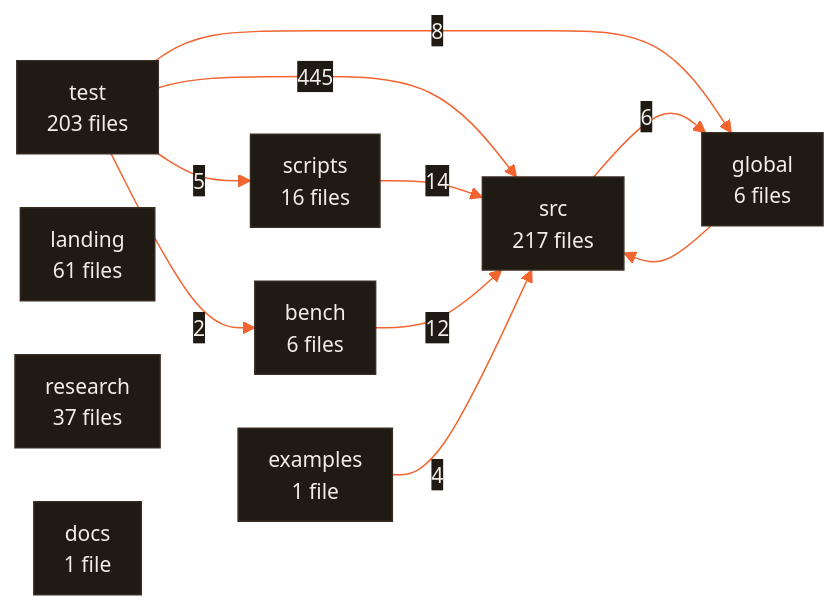
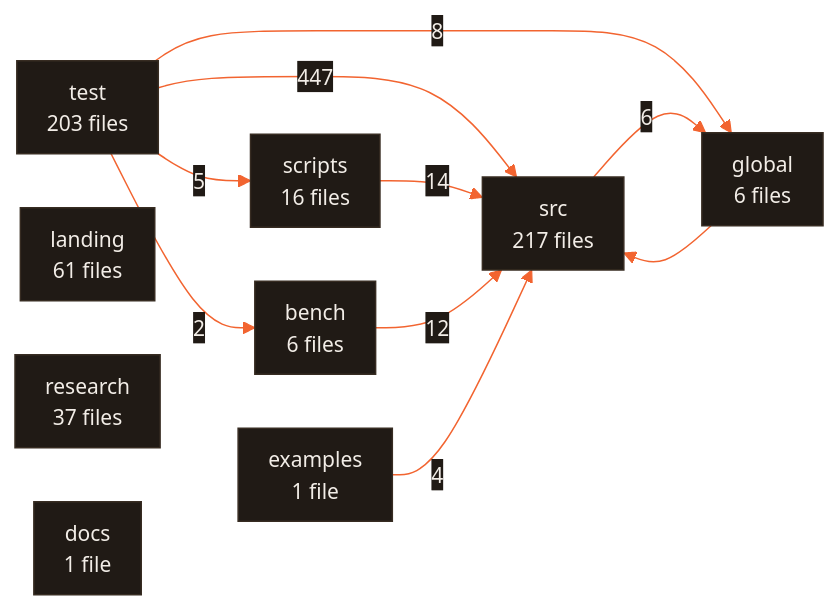
The diagram in ARCHITECTURE.md (CodeWithJuber/forgekit), drawn with Mermaid before and after one commit. The commit also changed 5 other files, not shown here.

````diff
--- a/ARCHITECTURE.md
+++ b/ARCHITECTURE.md
@@ -677,22 +677,22 @@
 ```mermaid
 %%{init: {'theme':'base','themeVariables':{'primaryColor':'#201a15','primaryTextColor':'#f2ede7','primaryBorderColor':'#372c22','lineColor':'#f26430','secondaryColor':'#272019','tertiaryColor':'#171310','edgeLabelBackground':'#201a15','clusterBkg':'#171310','clusterBorder':'#4a3b2e','fontFamily':'ui-sans-serif, system-ui, sans-serif','fontSize':'14px'},'flowchart':{'curve':'basis','padding':10,'nodeSpacing':36,'rankSpacing':44}}}%%
 flowchart LR
   src["src<br/>217 files"]
   test["test<br/>203 files"]
   landing["landing<br/>61 files"]
   research["research<br/>37 files"]
   scripts["scripts<br/>16 files"]
   bench["bench<br/>6 files"]
   global["global<br/>6 files"]
   docs["docs<br/>1 file"]
   examples["examples<br/>1 file"]
-  test -- 445 --> src
+  test -- 447 --> src
   scripts -- 14 --> src
   bench -- 12 --> src
   test -- 8 --> global
   src -- 6 --> global
   test -- 5 --> scripts
   examples -- 4 --> src
   test -- 2 --> bench
   global --> src
 ```
````
